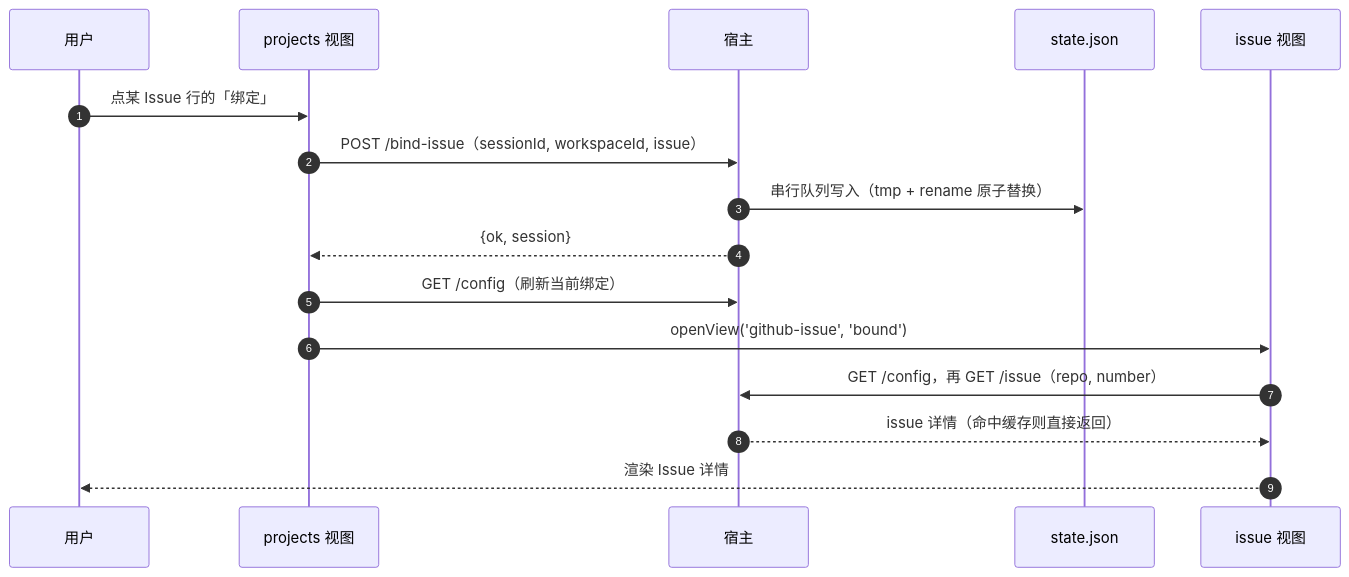
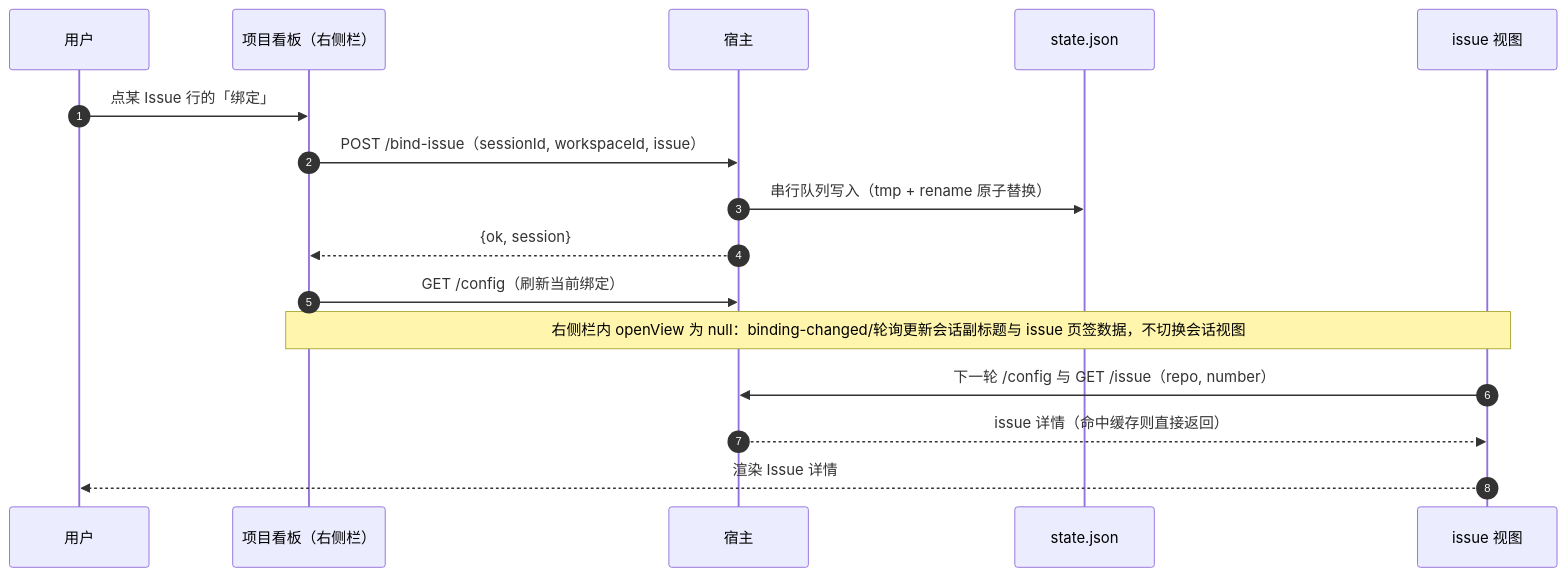
The seventh of 8 diagrams in docs/DESIGN.zh.md (ceasarXuu/dsh-github-projects), drawn with Mermaid before and after one commit. The commit also changed other lines of this file and 36 other files, not shown here.

````diff
--- a/docs/DESIGN.zh.md
+++ b/docs/DESIGN.zh.md
@@ -1000,19 +1082,19 @@
 ```mermaid
 sequenceDiagram
     autonumber
     participant U as 用户
-    participant PV as projects 视图
+    participant PV as 项目看板（右侧栏）
     participant H as 宿主
     participant S as state.json
     participant IV as issue 视图
 
     U->>PV: 点某 Issue 行的「绑定」
     PV->>H: POST /bind-issue（sessionId, workspaceId, issue）
     H->>S: 串行队列写入（tmp + rename 原子替换）
     H-->>PV: {ok, session}
     PV->>H: GET /config（刷新当前绑定）
-    PV->>IV: openView('github-issue', 'bound')
-    IV->>H: GET /config，再 GET /issue（repo, number）
+    Note over PV,IV: 右侧栏内 openView 为 null：binding-changed/轮询更新会话副标题与 issue 页签数据，不切换会话视图
+    IV->>H: 下一轮 /config 与 GET /issue（repo, number）
     H-->>IV: issue 详情（命中缓存则直接返回）
     IV-->>U: 渲染 Issue 详情
 ```
````
